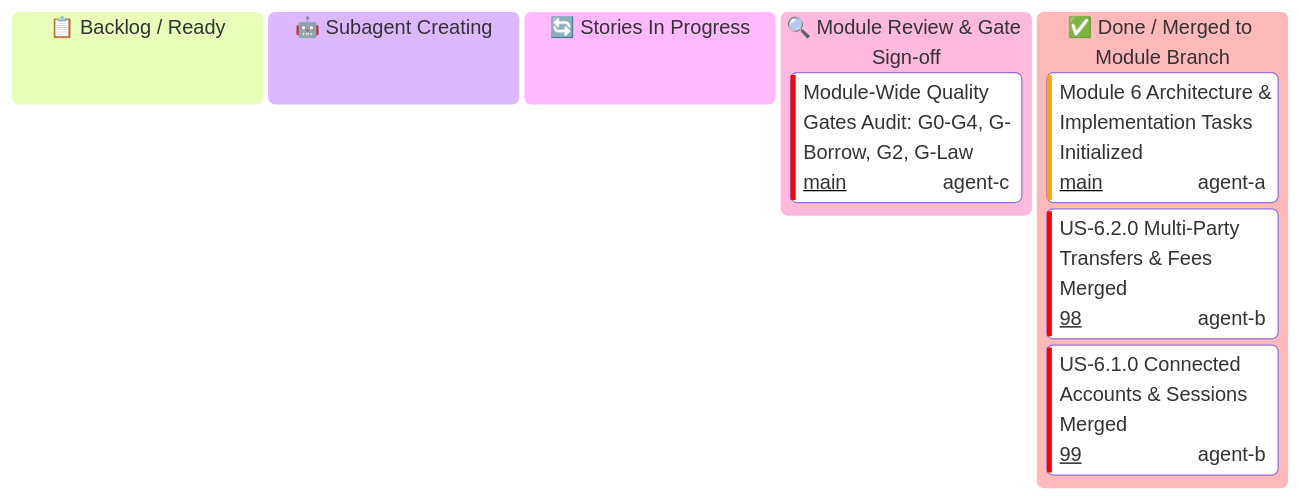
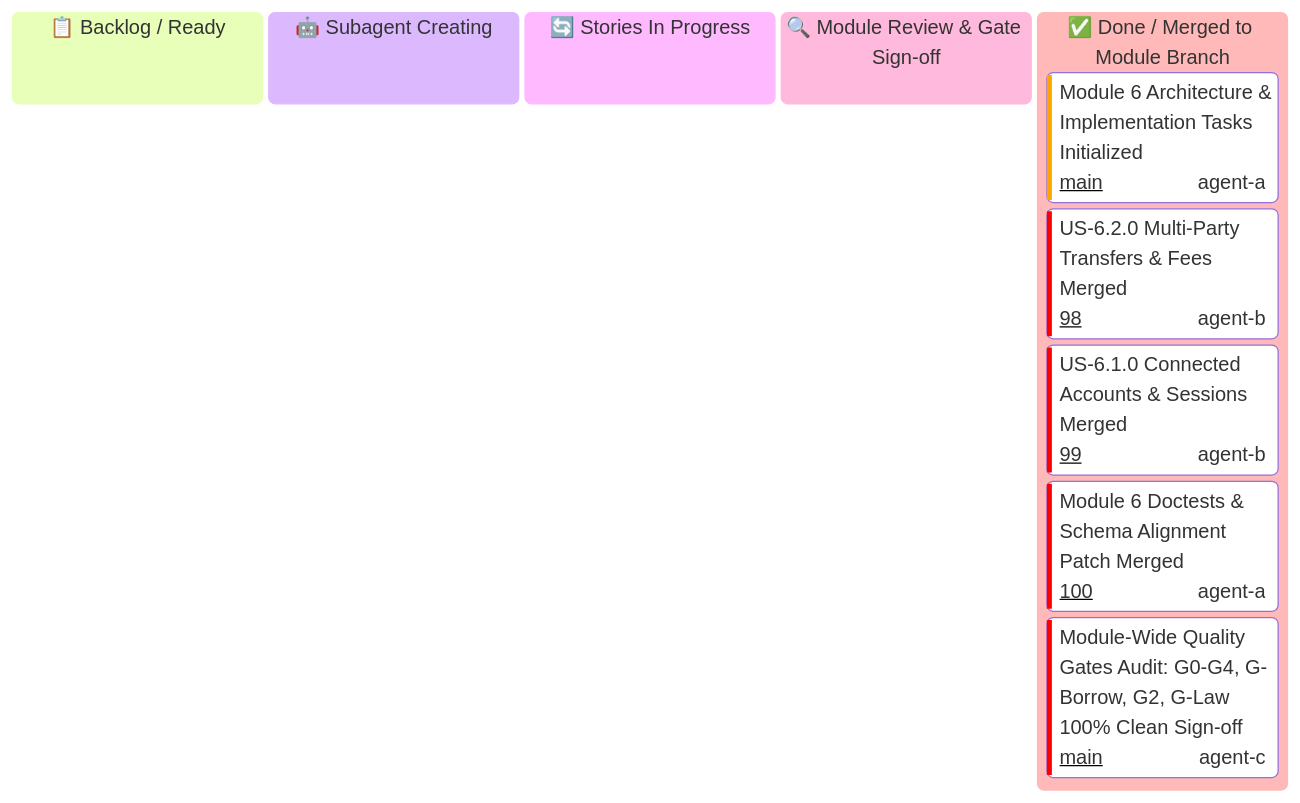
Before and after one commit to some-of-cs/some-stripe: the first of 3 diagrams in docs/user-stories/module-6-connect-and-marketplaces/KANBAN.md, drawn with Mermaid. The commit also changed 3 other files, not shown here.

Commit message:
docs(module-6): update executive kanban, checkpoint, and audit report with Gatekeeper Council approval

````diff
--- a/docs/user-stories/module-6-connect-and-marketplaces/KANBAN.md
+++ b/docs/user-stories/module-6-connect-and-marketplaces/KANBAN.md
@@ -21,17 +21,18 @@
 ```mermaid
 ---
 config:
   kanban:
     ticketBaseUrl: 'https://github.com/some-of-cs/some-stripe/pull/#TICKET#'
 ---
 kanban
   todo[📋 Backlog / Ready]
   spawning[🤖 Subagent Creating]
   in_progress[🔄 Stories In Progress]
   review[🔍 Module Review & Gate Sign-off]
-    m6_gates[Module-Wide Quality Gates Audit: G0-G4, G-Borrow, G2, G-Law]@{ ticket: 'main', assigned: 'agent-c', priority: 'Very High' }
   done[✅ Done / Merged to Module Branch]
     m6_setup[Module 6 Architecture & Implementation Tasks Initialized]@{ ticket: 'main', assigned: 'agent-a', priority: 'High' }
     m6_s62_merged[US-6.2.0 Multi-Party Transfers & Fees Merged]@{ ticket: '98', assigned: 'agent-b', priority: 'Very High' }
     m6_s61_merged[US-6.1.0 Connected Accounts & Sessions Merged]@{ ticket: '99', assigned: 'agent-b', priority: 'Very High' }
+    m6_patch_merged[Module 6 Doctests & Schema Alignment Patch Merged]@{ ticket: '100', assigned: 'agent-a', priority: 'Very High' }
+    m6_gates_approved[Module-Wide Quality Gates Audit: G0-G4, G-Borrow, G2, G-Law 100% Clean Sign-off]@{ ticket: 'main', assigned: 'agent-c', priority: 'Very High' }
 ```
````
